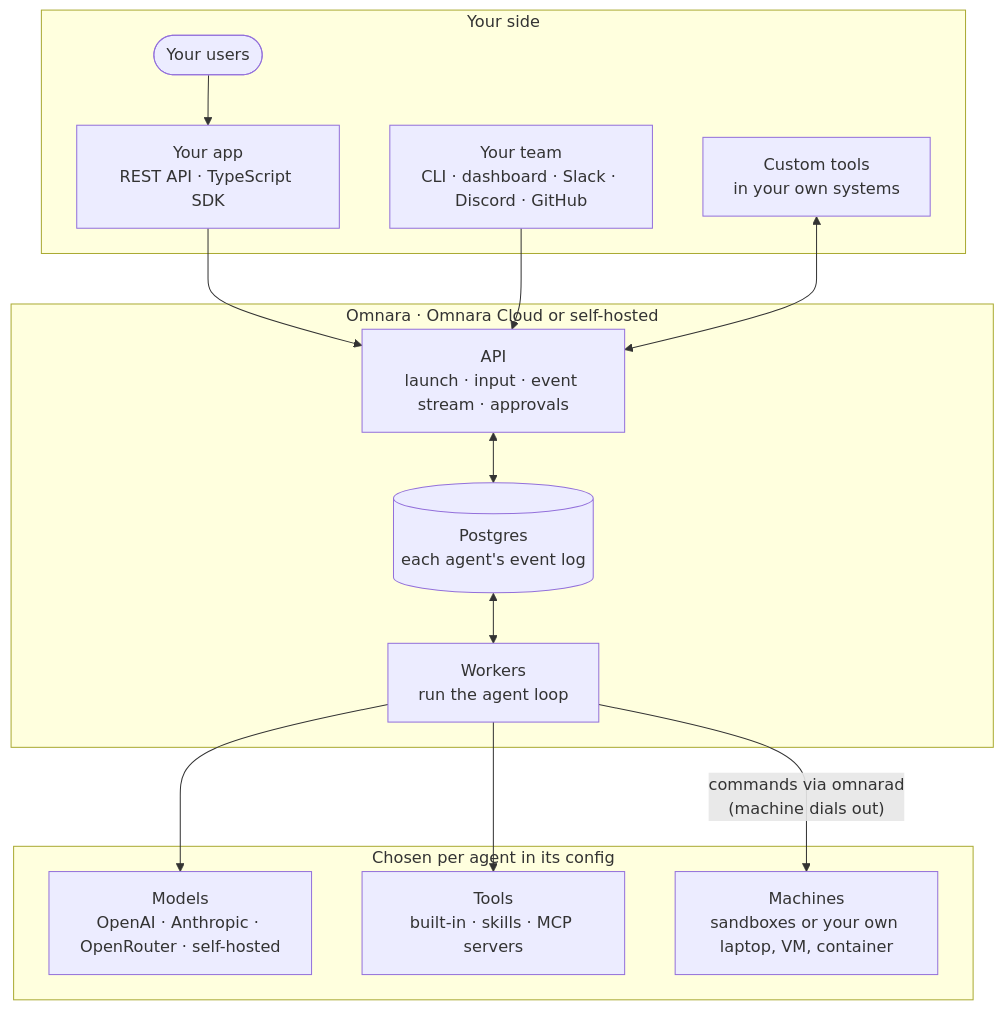
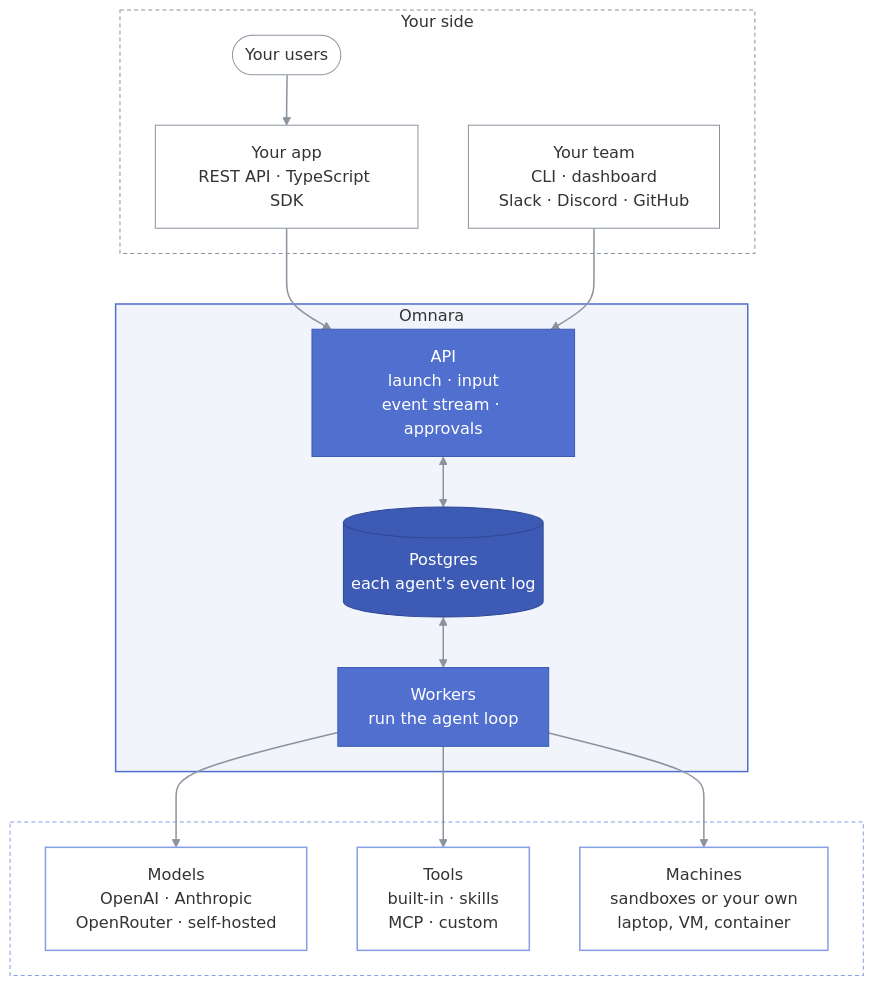
One commit to omnara-ai/omnara changed the diagram in README.md. Above: the diagram before and after it, drawn with Mermaid. The commit also changed other lines of this file, not shown here.

Commit message:
docs: restyle the architecture diagram and trim How it works

````diff
--- a/README.md
+++ b/README.md
@@ -115,22 +113,33 @@
 ```mermaid
 flowchart TB
     subgraph yours["Your side"]
         users(["Your users"]) --> app["Your app<br/>REST API · TypeScript SDK"]
-        team["Your team<br/>CLI · dashboard · Slack · Discord · GitHub"]
-        custom["Custom tools<br/>in your own systems"]
+        team["Your team<br/>CLI · dashboard<br/>Slack · Discord · GitHub"]
     end
-    subgraph omnara["Omnara · Omnara Cloud or self-hosted"]
-        api["API<br/>launch · input · event stream · approvals"] <--> pg[("Postgres<br/>each agent's event log")] <--> worker["Workers<br/>run the agent loop"]
+    subgraph omnara["Omnara"]
+        api["API<br/>launch · input<br/>event stream · approvals"] <--> pg[("Postgres<br/>each agent's event log")] <--> worker["Workers<br/>run the agent loop"]
     end
-    subgraph plug["Chosen per agent in its config"]
-        models["Models<br/>OpenAI · Anthropic · OpenRouter · self-hosted"]
-        tools["Tools<br/>built-in · skills · MCP servers"]
-        machines["Machines<br/>sandboxes or your own laptop, VM, container"]
+    subgraph plug[" "]
+        models["Models<br/>OpenAI · Anthropic<br/>OpenRouter · self-hosted"]
+        tools["Tools<br/>built-in · skills<br/>MCP · custom"]
+        machines["Machines<br/>sandboxes or your own<br/>laptop, VM, container"]
     end
     app --> api
     team --> api
-    custom <--> api
     worker --> models
     worker --> tools
-    worker -- "commands via omnarad<br/>(machine dials out)" --> machines
+    worker --> machines
+
+    classDef side fill:none,stroke:#8b949e,stroke-width:1px
+    classDef core fill:#506FCF,stroke:#3D5BB5,stroke-width:1px,color:#ffffff
+    classDef store fill:#3D5BB5,stroke:#2E4794,stroke-width:1px,color:#ffffff
+    classDef plugin fill:none,stroke:#85A0E6,stroke-width:1.5px
+    class users,app,team side
+    class api,worker core
+    class pg store
+    class models,tools,machines plugin
+    style yours fill:none,stroke:#8b949e,stroke-dasharray:4 3
+    style omnara fill:#506FCF14,stroke:#506FCF,stroke-width:1.5px
+    style plug fill:none,stroke:#85A0E6,stroke-dasharray:4 3
+    linkStyle default stroke:#8b949e,stroke-width:1.5px
 ```
````
